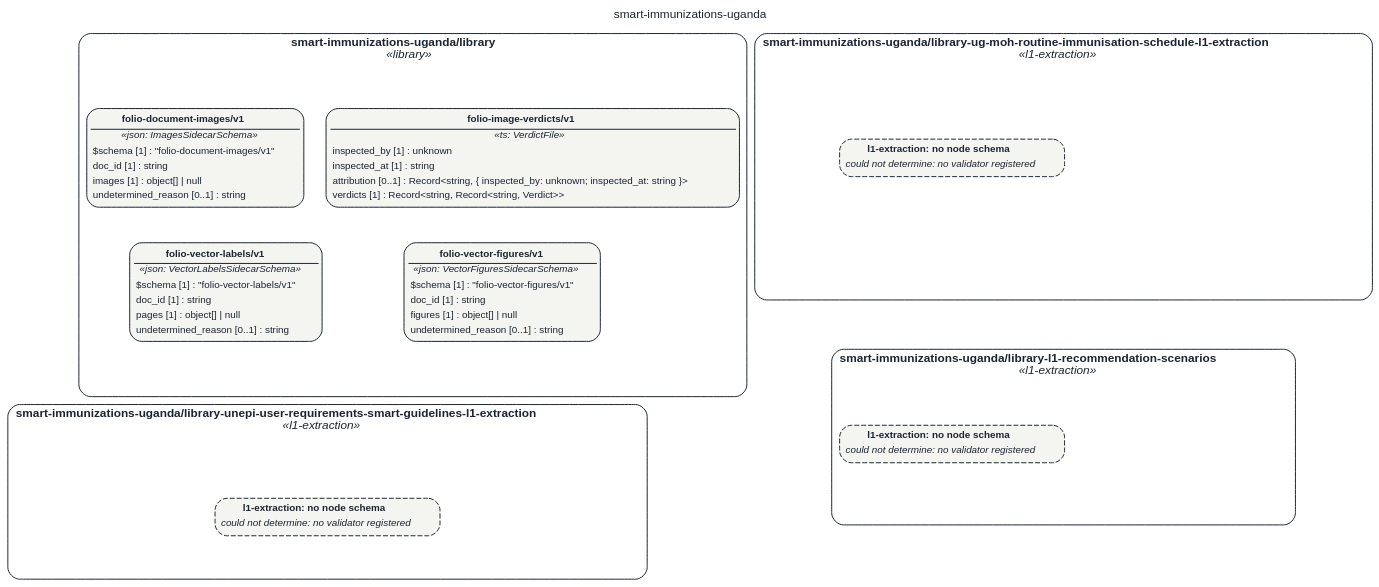
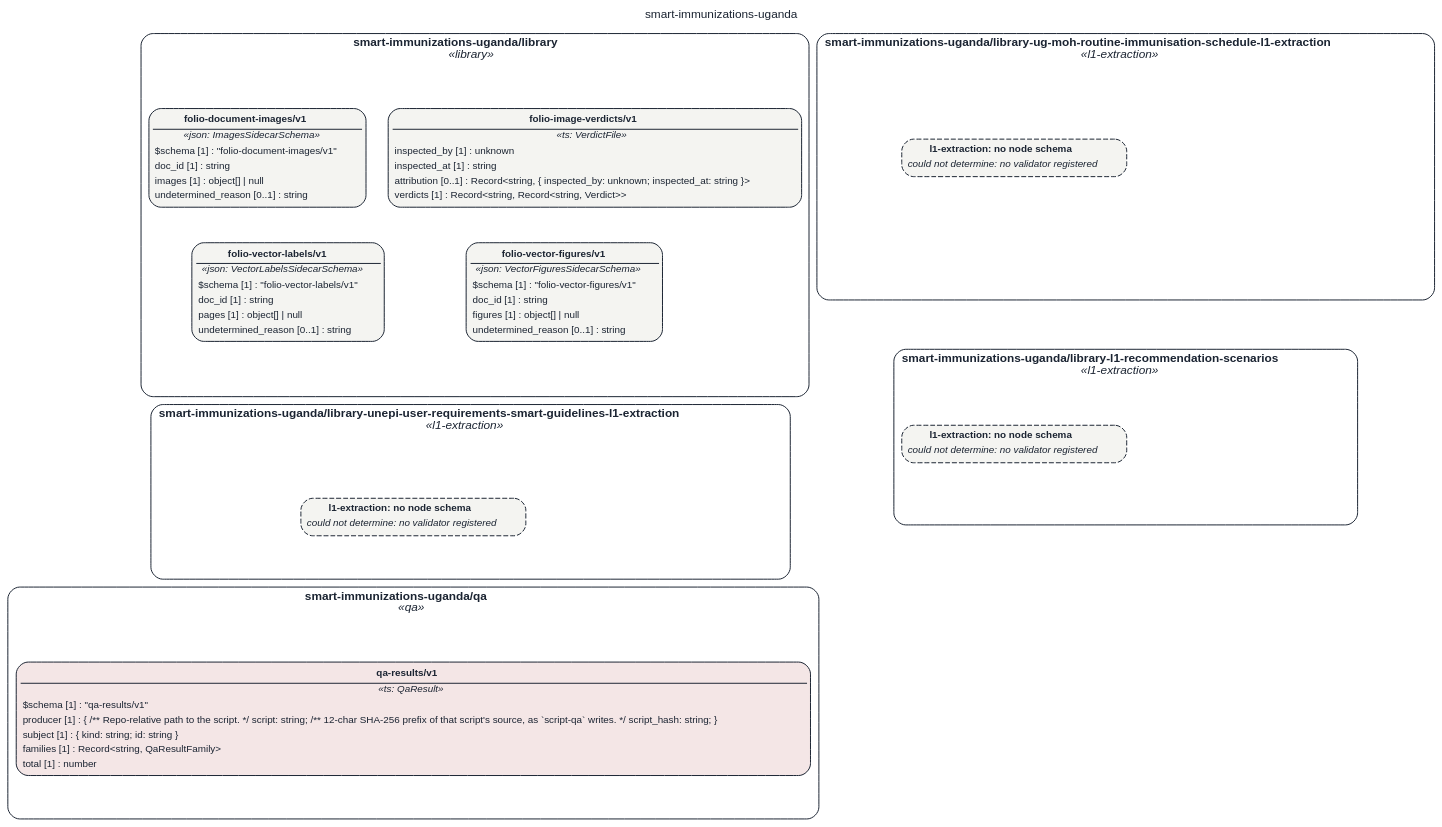
The diagram in STAGING/claude-smart-immunizations-uganda-issue-14vce9/assets/img/uml/overview/smart-immunizations-uganda.dot (litlfred/folio-assistant), drawn with Graphviz before and after one commit. The commit also changed 1769 other files, not shown here.

First line of the commit message:
staging(claude-smart-immunizations-uganda-issue-14vce9): from b5c319f79cb869a1abc156e5d5ff3a1f262dd994

```diff
--- a/STAGING/claude-smart-immunizations-uganda-issue-14vce9/assets/img/uml/overview/smart-immunizations-uganda.dot
+++ b/STAGING/claude-smart-immunizations-uganda-issue-14vce9/assets/img/uml/overview/smart-immunizations-uganda.dot
@@ -1,48 +1,57 @@
 // GENERATED by cat-harness-tools/scripts/gen-uml-overview.ts — do not edit.
 // Rendered page (interactive view, same model): https://litlfred.github.io/folio-assistant/uml/overview/smart-immunizations-uganda.html
 digraph "smart_immunizations_uganda" {
   graph [label="smart-immunizations-uganda", labelloc=t, fontname="Helvetica", fontsize=12, fontcolor="#1b2432", newrank=true, ratio=auto, nodesep=0.3, ranksep=0.5, bgcolor="transparent"];
   node [shape=box, style="rounded,filled", margin=0.05, fontname="Helvetica", fontsize=10, color="#1b2432", fontcolor="#1b2432"];
   edge [color="#1b2432", fontcolor="#1b2432", fontname="Helvetica", fontsize=9];
   subgraph "cluster_pkg_smart_immunizations_uganda_library" {
     label=<<b>smart-immunizations-uganda/library</b><br/><i>«library»</i>>; style="rounded"; color="#1b2432"; class="fa_uml_subgraph";
     "smart_immunizations_uganda_library_folio_document_images_v1_folio_document_images_v1" [fillcolor="#f4f4f1", class="fa_uml_kind_library", label=<<table border="0" cellborder="0" cellspacing="0" cellpadding="2"><tr><td border="1" sides="b"><b>folio-document-images/v1</b></td></tr><tr><td><i>«json: ImagesSidecarSchema»</i></td></tr><tr><td align="left">$schema [1] : &quot;folio-document-images/v1&quot;</td></tr><tr><td align="left">doc_id [1] : string</td></tr><tr><td align="left">images [1] : object[] | null</td></tr><tr><td align="left">undetermined_reason [0..1] : string</td></tr></table>>];
     "smart_immunizations_uganda_library_folio_image_verdicts_v1" [fillcolor="#f4f4f1", class="fa_uml_kind_library", label=<<table border="0" cellborder="0" cellspacing="0" cellpadding="2"><tr><td border="1" sides="b"><b>folio-image-verdicts/v1</b></td></tr><tr><td><i>«ts: VerdictFile»</i></td></tr><tr><td align="left">inspected_by [1] : unknown</td></tr><tr><td align="left">inspected_at [1] : string</td></tr><tr><td align="left">attribution [0..1] : Record&lt;string, { inspected_by: unknown; inspected_at: string }&gt;</td></tr><tr><td align="left">verdicts [1] : Record&lt;string, Record&lt;string, Verdict&gt;&gt;</td></tr></table>>];
     "smart_immunizations_uganda_library_folio_vector_labels_v1_folio_vector_labels_v1" [fillcolor="#f4f4f1", class="fa_uml_kind_library", label=<<table border="0" cellborder="0" cellspacing="0" cellpadding="2"><tr><td border="1" sides="b"><b>folio-vector-labels/v1</b></td></tr><tr><td><i>«json: VectorLabelsSidecarSchema»</i></td></tr><tr><td align="left">$schema [1] : &quot;folio-vector-labels/v1&quot;</td></tr><tr><td align="left">doc_id [1] : string</td></tr><tr><td align="left">pages [1] : object[] | null</td></tr><tr><td align="left">undetermined_reason [0..1] : string</td></tr></table>>];
     "smart_immunizations_uganda_library_folio_vector_figures_v1_folio_vector_figures_v1" [fillcolor="#f4f4f1", class="fa_uml_kind_library", label=<<table border="0" cellborder="0" cellspacing="0" cellpadding="2"><tr><td border="1" sides="b"><b>folio-vector-figures/v1</b></td></tr><tr><td><i>«json: VectorFiguresSidecarSchema»</i></td></tr><tr><td align="left">$schema [1] : &quot;folio-vector-figures/v1&quot;</td></tr><tr><td align="left">doc_id [1] : string</td></tr><tr><td align="left">figures [1] : object[] | null</td></tr><tr><td align="left">undetermined_reason [0..1] : string</td></tr></table>>];
     "grid_pkg_smart_immunizations_uganda_library_top" [shape=point, style=invis, width=0, height=0, label="", class="kg-graph-anchor"];
     "grid_pkg_smart_immunizations_uganda_library_bottom" [shape=point, style=invis, width=0, height=0, label="", class="kg-graph-anchor"];
   }
   subgraph "cluster_pkg_smart_immunizations_uganda_library_ug_moh_routine_immunisation_schedule_l1_extraction" {
     label=<<b>smart-immunizations-uganda/library-ug-moh-routine-immunisation-schedule-l1-extraction</b><br/><i>«l1-extraction»</i>>; style="rounded"; color="#1b2432"; class="fa_uml_subgraph";
     "n_smart_immunizations_uganda_library_ug_moh_routine_immunisation_schedule_l1_extraction_l1_extraction" [style="rounded,filled,dashed", fillcolor="#f4f4f1", class="fa_uml_kind_l1_extraction fa_uml_undetermined", label=<<table border="0" cellborder="0" cellspacing="0" cellpadding="2"><tr><td><b>l1-extraction: no node schema</b></td></tr><tr><td align="left"><i>could not determine: no validator registered</i></td></tr></table>>];
     "grid_pkg_smart_immunizations_uganda_library_ug_moh_routine_immunisation_schedule_l1_extraction_top" [shape=point, style=invis, width=0, height=0, label="", class="kg-graph-anchor"];
     "grid_pkg_smart_immunizations_uganda_library_ug_moh_routine_immunisation_schedule_l1_extraction_bottom" [shape=point, style=invis, width=0, height=0, label="", class="kg-graph-anchor"];
   }
   subgraph "cluster_pkg_smart_immunizations_uganda_library_unepi_user_requirements_smart_guidelines_l1_extraction" {
     label=<<b>smart-immunizations-uganda/library-unepi-user-requirements-smart-guidelines-l1-extraction</b><br/><i>«l1-extraction»</i>>; style="rounded"; color="#1b2432"; class="fa_uml_subgraph";
     "n_smart_immunizations_uganda_library_unepi_user_requirements_smart_guidelines_l1_extraction_l1_extraction" [style="rounded,filled,dashed", fillcolor="#f4f4f1", class="fa_uml_kind_l1_extraction fa_uml_undetermined", label=<<table border="0" cellborder="0" cellspacing="0" cellpadding="2"><tr><td><b>l1-extraction: no node schema</b></td></tr><tr><td align="left"><i>could not determine: no validator registered</i></td></tr></table>>];
     "grid_pkg_smart_immunizations_uganda_library_unepi_user_requirements_smart_guidelines_l1_extraction_top" [shape=point, style=invis, width=0, height=0, label="", class="kg-graph-anchor"];
     "grid_pkg_smart_immunizations_uganda_library_unepi_user_requirements_smart_guidelines_l1_extraction_bottom" [shape=point, style=invis, width=0, height=0, label="", class="kg-graph-anchor"];
   }
   subgraph "cluster_pkg_smart_immunizations_uganda_library_l1_recommendation_scenarios" {
     label=<<b>smart-immunizations-uganda/library-l1-recommendation-scenarios</b><br/><i>«l1-extraction»</i>>; style="rounded"; color="#1b2432"; class="fa_uml_subgraph";
     "n_smart_immunizations_uganda_library_l1_recommendation_scenarios_l1_extraction" [style="rounded,filled,dashed", fillcolor="#f4f4f1", class="fa_uml_kind_l1_extraction fa_uml_undetermined", label=<<table border="0" cellborder="0" cellspacing="0" cellpadding="2"><tr><td><b>l1-extraction: no node schema</b></td></tr><tr><td align="left"><i>could not determine: no validator registered</i></td></tr></table>>];
     "grid_pkg_smart_immunizations_uganda_library_l1_recommendation_scenarios_top" [shape=point, style=invis, width=0, height=0, label="", class="kg-graph-anchor"];
     "grid_pkg_smart_immunizations_uganda_library_l1_recommendation_scenarios_bottom" [shape=point, style=invis, width=0, height=0, label="", class="kg-graph-anchor"];
   }
+  subgraph "cluster_pkg_smart_immunizations_uganda_qa" {
+    label=<<b>smart-immunizations-uganda/qa</b><br/><i>«qa»</i>>; style="rounded"; color="#1b2432"; class="fa_uml_subgraph";
+    "smart_immunizations_uganda_qa_qa_results_v1" [fillcolor="#f4e6e6", class="fa_uml_kind_qa", label=<<table border="0" cellborder="0" cellspacing="0" cellpadding="2"><tr><td border="1" sides="b"><b>qa-results/v1</b></td></tr><tr><td><i>«ts: QaResult»</i></td></tr><tr><td align="left">$schema [1] : &quot;qa-results/v1&quot;</td></tr><tr><td align="left">producer [1] : { /** Repo-relative path to the script. */ script: string; /** 12-char SHA-256 prefix of that script's source, as `script-qa` writes. */ script_hash: string; }</td></tr><tr><td align="left">subject [1] : { kind: string; id: string }</td></tr><tr><td align="left">families [1] : Record&lt;string, QaResultFamily&gt;</td></tr><tr><td align="left">total [1] : number</td></tr></table>>];
+    "grid_pkg_smart_immunizations_uganda_qa_top" [shape=point, style=invis, width=0, height=0, label="", class="kg-graph-anchor"];
+    "grid_pkg_smart_immunizations_uganda_qa_bottom" [shape=point, style=invis, width=0, height=0, label="", class="kg-graph-anchor"];
+  }
   "smart_immunizations_uganda_library_folio_document_images_v1_folio_document_images_v1" -> "smart_immunizations_uganda_library_folio_vector_labels_v1_folio_vector_labels_v1" [style=invis, class="kg-graph-anchor"];
   "smart_immunizations_uganda_library_folio_image_verdicts_v1" -> "smart_immunizations_uganda_library_folio_vector_figures_v1_folio_vector_figures_v1" [style=invis, class="kg-graph-anchor"];
   "grid_pkg_smart_immunizations_uganda_library_top" -> "smart_immunizations_uganda_library_folio_document_images_v1_folio_document_images_v1" [style=invis, class="kg-graph-anchor"];
   "grid_pkg_smart_immunizations_uganda_library_top" -> "smart_immunizations_uganda_library_folio_image_verdicts_v1" [style=invis, class="kg-graph-anchor"];
   "smart_immunizations_uganda_library_folio_vector_labels_v1_folio_vector_labels_v1" -> "grid_pkg_smart_immunizations_uganda_library_bottom" [style=invis, class="kg-graph-anchor"];
   "smart_immunizations_uganda_library_folio_vector_figures_v1_folio_vector_figures_v1" -> "grid_pkg_smart_immunizations_uganda_library_bottom" [style=invis, class="kg-graph-anchor"];
   "grid_pkg_smart_immunizations_uganda_library_ug_moh_routine_immunisation_schedule_l1_extraction_top" -> "n_smart_immunizations_uganda_library_ug_moh_routine_immunisation_schedule_l1_extraction_l1_extraction" [style=invis, class="kg-graph-anchor"];
   "n_smart_immunizations_uganda_library_ug_moh_routine_immunisation_schedule_l1_extraction_l1_extraction" -> "grid_pkg_smart_immunizations_uganda_library_ug_moh_routine_immunisation_schedule_l1_extraction_bottom" [style=invis, class="kg-graph-anchor"];
   "grid_pkg_smart_immunizations_uganda_library_unepi_user_requirements_smart_guidelines_l1_extraction_top" -> "n_smart_immunizations_uganda_library_unepi_user_requirements_smart_guidelines_l1_extraction_l1_extraction" [style=invis, class="kg-graph-anchor"];
   "n_smart_immunizations_uganda_library_unepi_user_requirements_smart_guidelines_l1_extraction_l1_extraction" -> "grid_pkg_smart_immunizations_uganda_library_unepi_user_requirements_smart_guidelines_l1_extraction_bottom" [style=invis, class="kg-graph-anchor"];
   "grid_pkg_smart_immunizations_uganda_library_l1_recommendation_scenarios_top" -> "n_smart_immunizations_uganda_library_l1_recommendation_scenarios_l1_extraction" [style=invis, class="kg-graph-anchor"];
   "n_smart_immunizations_uganda_library_l1_recommendation_scenarios_l1_extraction" -> "grid_pkg_smart_immunizations_uganda_library_l1_recommendation_scenarios_bottom" [style=invis, class="kg-graph-anchor"];
+  "grid_pkg_smart_immunizations_uganda_qa_top" -> "smart_immunizations_uganda_qa_qa_results_v1" [style=invis, class="kg-graph-anchor"];
+  "smart_immunizations_uganda_qa_qa_results_v1" -> "grid_pkg_smart_immunizations_uganda_qa_bottom" [style=invis, class="kg-graph-anchor"];
   "grid_pkg_smart_immunizations_uganda_library_bottom" -> "grid_pkg_smart_immunizations_uganda_library_unepi_user_requirements_smart_guidelines_l1_extraction_top" [style=invis, class="kg-graph-anchor"];
   "grid_pkg_smart_immunizations_uganda_library_ug_moh_routine_immunisation_schedule_l1_extraction_bottom" -> "grid_pkg_smart_immunizations_uganda_library_l1_recommendation_scenarios_top" [style=invis, class="kg-graph-anchor"];
+  "grid_pkg_smart_immunizations_uganda_library_unepi_user_requirements_smart_guidelines_l1_extraction_bottom" -> "grid_pkg_smart_immunizations_uganda_qa_top" [style=invis, class="kg-graph-anchor"];
 }
```
